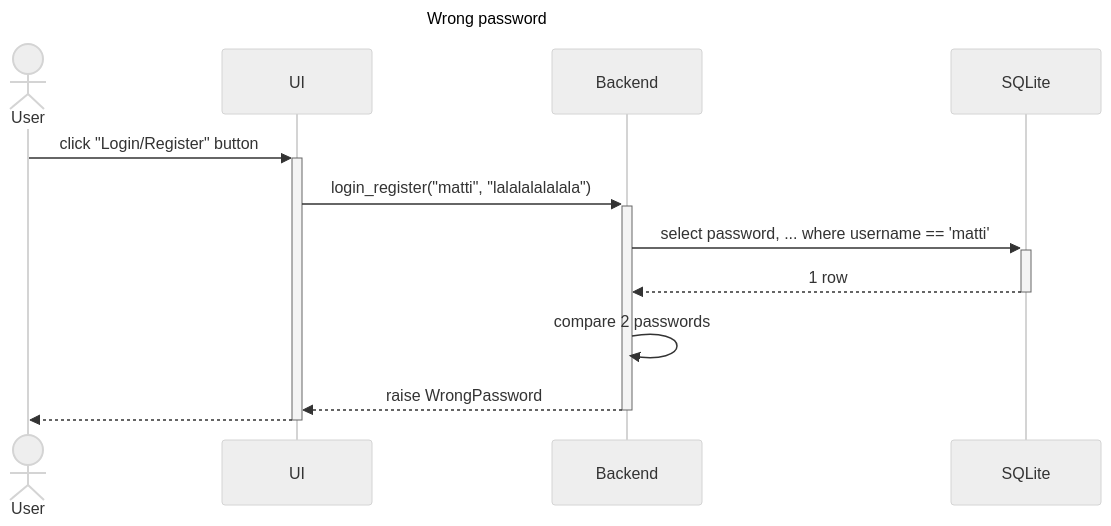
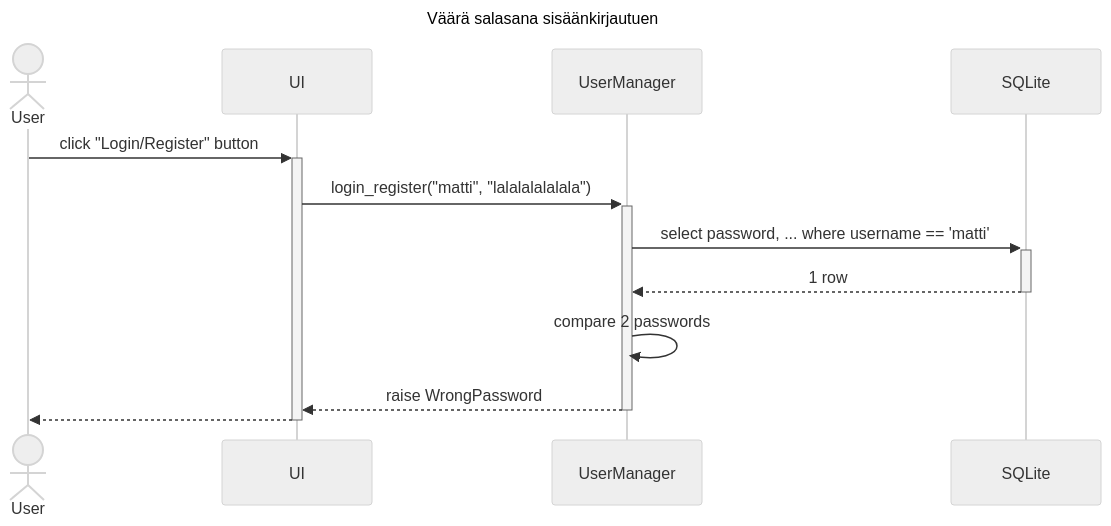
One commit to tomjtoth/ot-harjoitustyo changed the fifth of 11 diagrams in dokumentaatio/arkkitehtuuri.md. Above: the diagram before and after it, drawn with Mermaid (neutral theme). The commit also changed other lines of this file and 9 other files, not shown here.

````diff
--- a/dokumentaatio/arkkitehtuuri.md
+++ b/dokumentaatio/arkkitehtuuri.md
@@ -122,17 +128,15 @@
 ```mermaid
 ---
-title: Wrong password
+title: Väärä salasana sisäänkirjautuen
 ---
 sequenceDiagram
-  actor User
-  participant UI
-  participant Backend
-  User->>+UI: click "Login/Register" button
-  UI->>+Backend: login_register("matti", "lalalalalalala")
-  Backend->>+SQLite: select password, ... where username == 'matti'
-  SQLite-->>-Backend: 1 row
-  Backend->>Backend: compare 2 passwords
-  Backend-->>-UI: raise WrongPassword
-  UI-->>-User: 
-
+    actor User
+    
+    User->>+UI: click "Login/Register" button
+    UI->>+UserManager: login_register("matti", "lalalalalalala")
+    UserManager->>+SQLite: select password, ... where username == 'matti'
+    SQLite-->>-UserManager: 1 row
+    UserManager->>UserManager: compare 2 passwords
+    UserManager-->>-UI: raise WrongPassword
+    UI-->>-User: 
 ```
````
